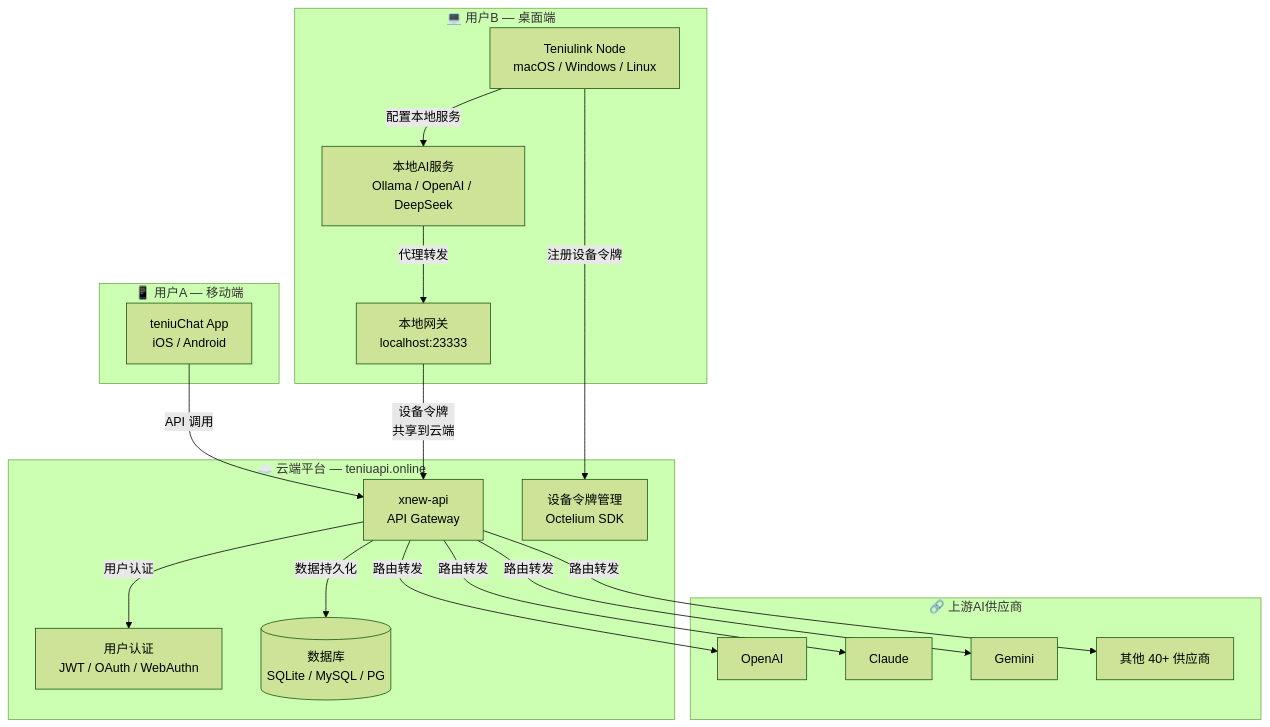
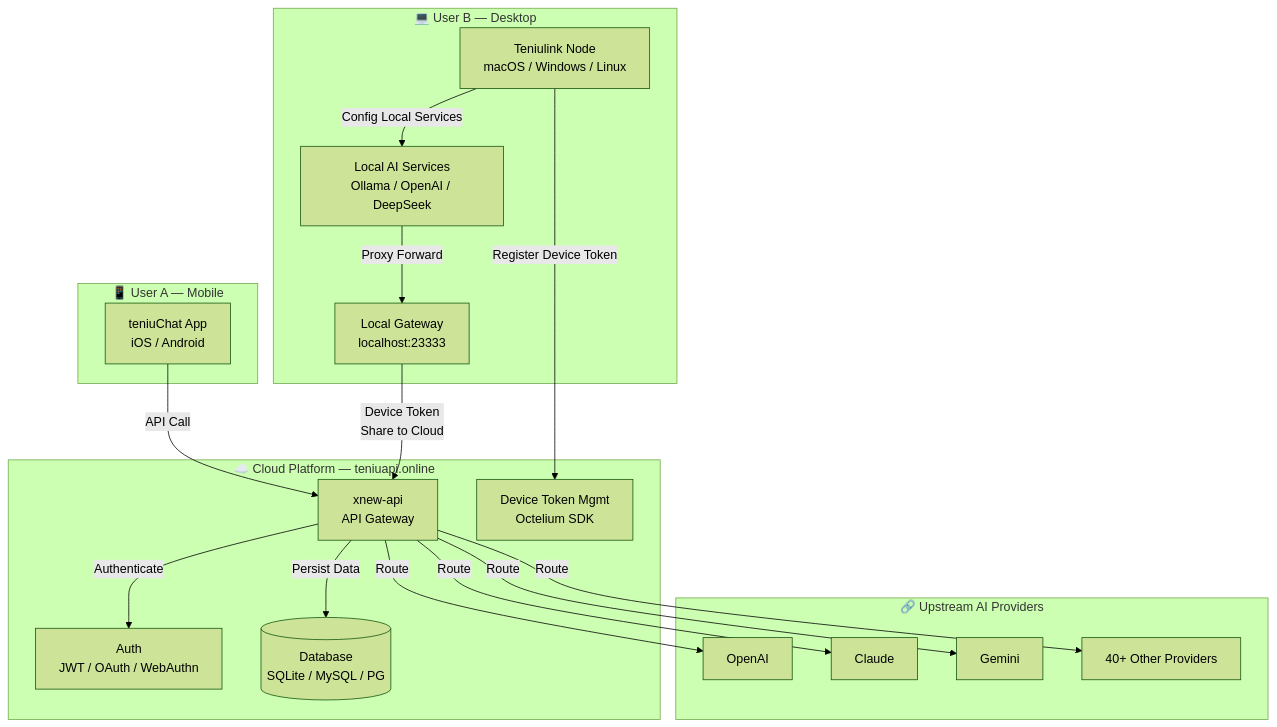
The diagram in README.md (liuyaaixxa/xnew-api), drawn with Mermaid (forest theme) before and after one commit. The commit also changed other lines of this file, not shown here.

````diff
--- a/README.md
+++ b/README.md
@@ -43,38 +51,38 @@
 ```mermaid
 graph TB
-    subgraph Mobile["📱 用户A — 移动端"]
+    subgraph Mobile["📱 User A — Mobile"]
         A1["teniuChat App<br/>iOS / Android"]
     end
 
-    subgraph Desktop["💻 用户B — 桌面端"]
+    subgraph Desktop["💻 User B — Desktop"]
         B1["Teniulink Node<br/>macOS / Windows / Linux"]
-        B2["本地AI服务<br/>Ollama / OpenAI / DeepSeek"]
-        B3["本地网关<br/>localhost:23333"]
+        B2["Local AI Services<br/>Ollama / OpenAI / DeepSeek"]
+        B3["Local Gateway<br/>localhost:23333"]
     end
 
-    subgraph Cloud["☁️ 云端平台 — teniuapi.online"]
+    subgraph Cloud["☁️ Cloud Platform — teniuapi.online"]
         C1["xnew-api<br/>API Gateway"]
-        C2["设备令牌管理<br/>Octelium SDK"]
-        C3["用户认证<br/>JWT / OAuth / WebAuthn"]
-        C4[("数据库<br/>SQLite / MySQL / PG")]
+        C2["Device Token Mgmt<br/>Octelium SDK"]
+        C3["Auth<br/>JWT / OAuth / WebAuthn"]
+        C4[("Database<br/>SQLite / MySQL / PG")]
     end
 
-    subgraph Upstream["🔗 上游AI供应商"]
+    subgraph Upstream["🔗 Upstream AI Providers"]
         D1["OpenAI"]
         D2["Claude"]
         D3["Gemini"]
-        D4["其他 40+ 供应商"]
+        D4["40+ Other Providers"]
     end
 
-    A1 -->|"API 调用"| C1
-    B1 -->|"配置本地服务"| B2
-    B2 -->|"代理转发"| B3
-    B1 -->|"注册设备令牌"| C2
-    B3 -->|"设备令牌<br/>共享到云端"| C1
-    C1 -->|"用户认证"| C3
-    C1 -->|"数据持久化"| C4
-    C1 -->|"路由转发"| D1
-    C1 -->|"路由转发"| D2
-    C1 -->|"路由转发"| D3
-    C1 -->|"路由转发"| D4
+    A1 -->|"API Call"| C1
+    B1 -->|"Config Local Services"| B2
+    B2 -->|"Proxy Forward"| B3
+    B1 -->|"Register Device Token"| C2
+    B3 -->|"Device Token<br/>Share to Cloud"| C1
+    C1 -->|"Authenticate"| C3
+    C1 -->|"Persist Data"| C4
+    C1 -->|"Route"| D1
+    C1 -->|"Route"| D2
+    C1 -->|"Route"| D3
+    C1 -->|"Route"| D4
 ```
````
